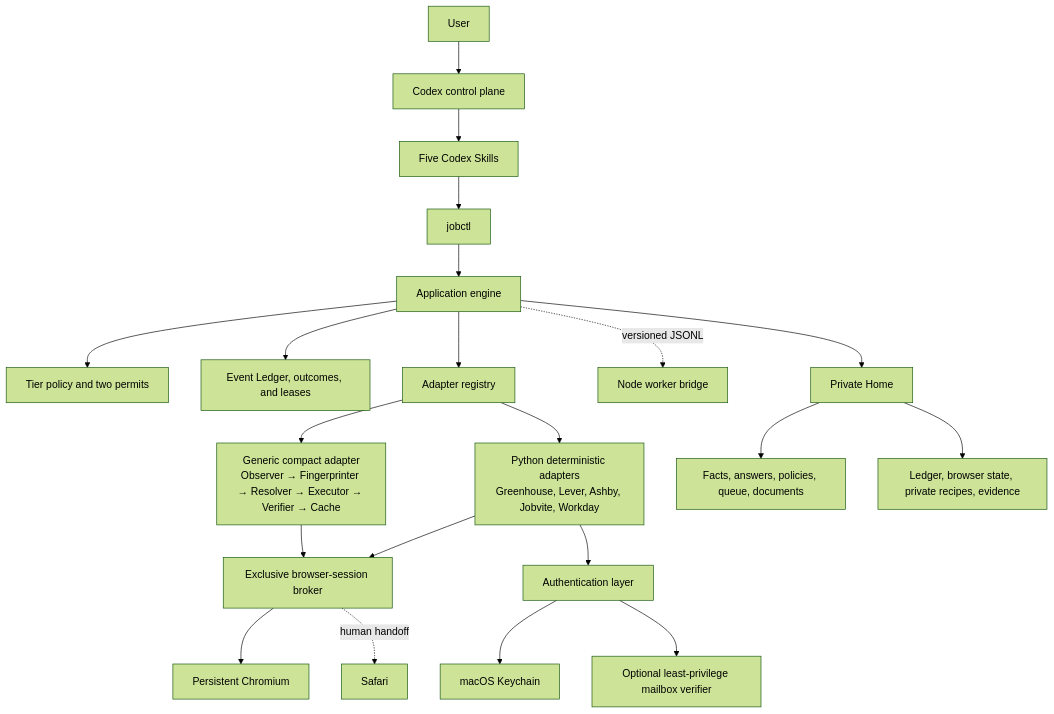
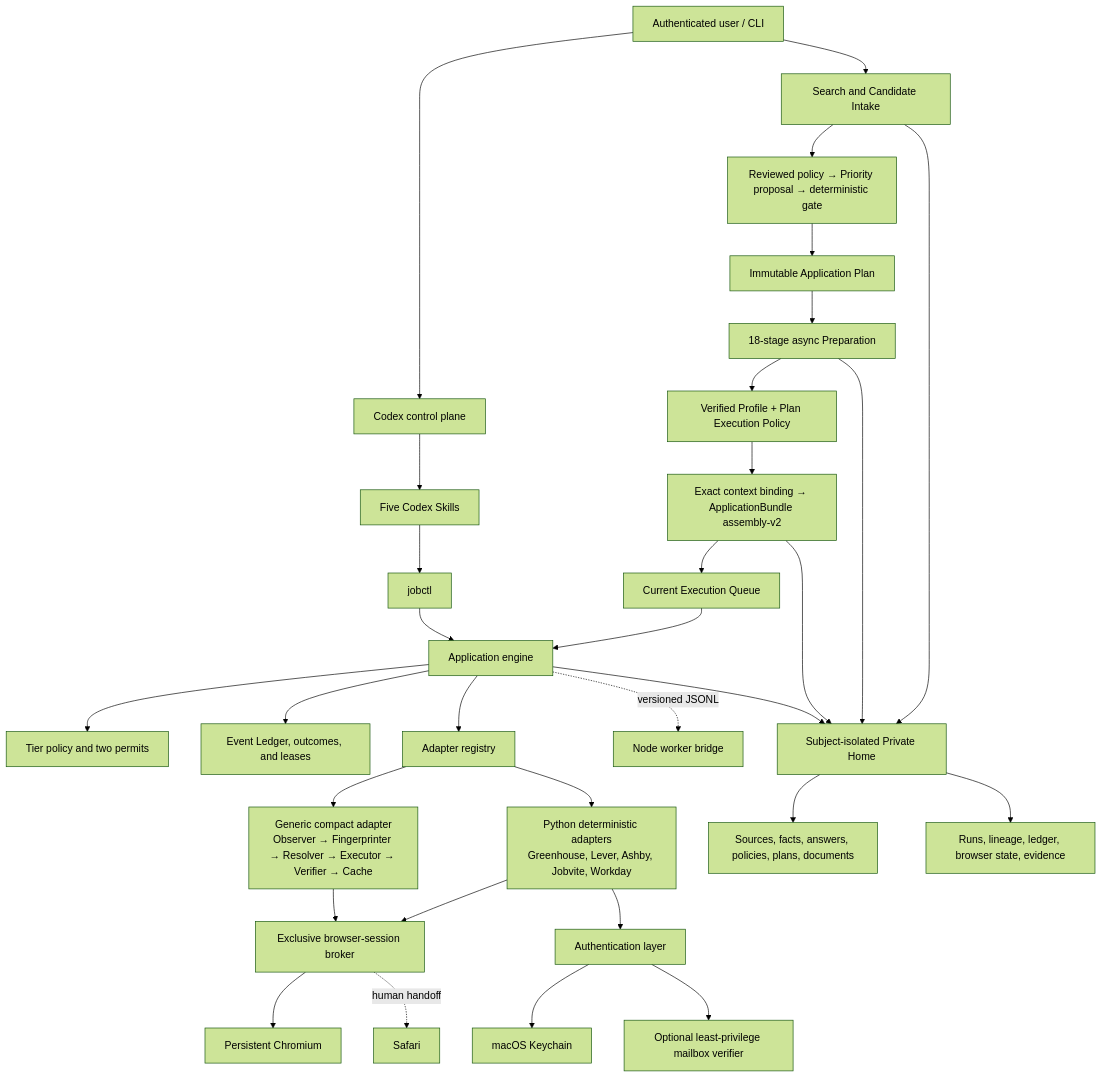
Before and after one commit to yuyao-wang/Jobops: the diagram in README.md, drawn with Mermaid (forest theme). The commit also changed other lines of this file and 33 other files, not shown here.

````diff
--- a/README.md
+++ b/README.md
@@ -43,27 +72,38 @@
 ```mermaid
 flowchart TB
-    User["User"] --> Codex["Codex control plane"]
+    User["Authenticated user / CLI"] --> Intake["Search and Candidate Intake"]
+    Intake --> Priority["Reviewed policy → Priority proposal → deterministic gate"]
+    Priority --> Plan["Immutable Application Plan"]
+    Plan --> Preparation["18-stage async Preparation"]
+    Preparation --> Context["Verified Profile + Plan Execution Policy"]
+    Context --> Assembly["Exact context binding → ApplicationBundle assembly-v2"]
+    Assembly --> Queue["Current Execution Queue"]
+
+    User --> Codex["Codex control plane"]
     Codex --> Skills["Five Codex Skills"]
     Skills --> CLI["jobctl"]
-
-    CLI --> Engine["Application engine"]
+    Queue --> Engine["Application engine"]
+    CLI --> Engine
     Engine --> Policy["Tier policy and two permits"]
     Engine --> Ledger["Event Ledger, outcomes, and leases"]
     Engine --> Registry["Adapter registry"]
 
     Registry --> ATS["Python deterministic adapters<br/>Greenhouse, Lever, Ashby, Jobvite, Workday"]
     Registry --> Generic["Generic compact adapter<br/>Observer → Fingerprinter → Resolver → Executor → Verifier → Cache"]
     Engine -. "versioned JSONL" .-> Node["Node worker bridge"]
 
     ATS --> Broker["Exclusive browser-session broker"]
     Generic --> Broker
     Broker --> Chromium["Persistent Chromium"]
     Broker -. "human handoff" .-> Safari["Safari"]
 
-    Engine --> Home["Private Home"]
-    Home --> Facts["Facts, answers, policies, queue, documents"]
-    Home --> State["Ledger, browser state, private recipes, evidence"]
+    Intake --> Home["Subject-isolated Private Home"]
+    Preparation --> Home
+    Assembly --> Home
+    Engine --> Home
+    Home --> Facts["Sources, facts, answers, policies, plans, documents"]
+    Home --> State["Runs, lineage, ledger, browser state, evidence"]
     ATS --> Auth["Authentication layer"]
     Auth --> Keychain["macOS Keychain"]
     Auth --> Mailbox["Optional least-privilege mailbox verifier"]
 ```
````
